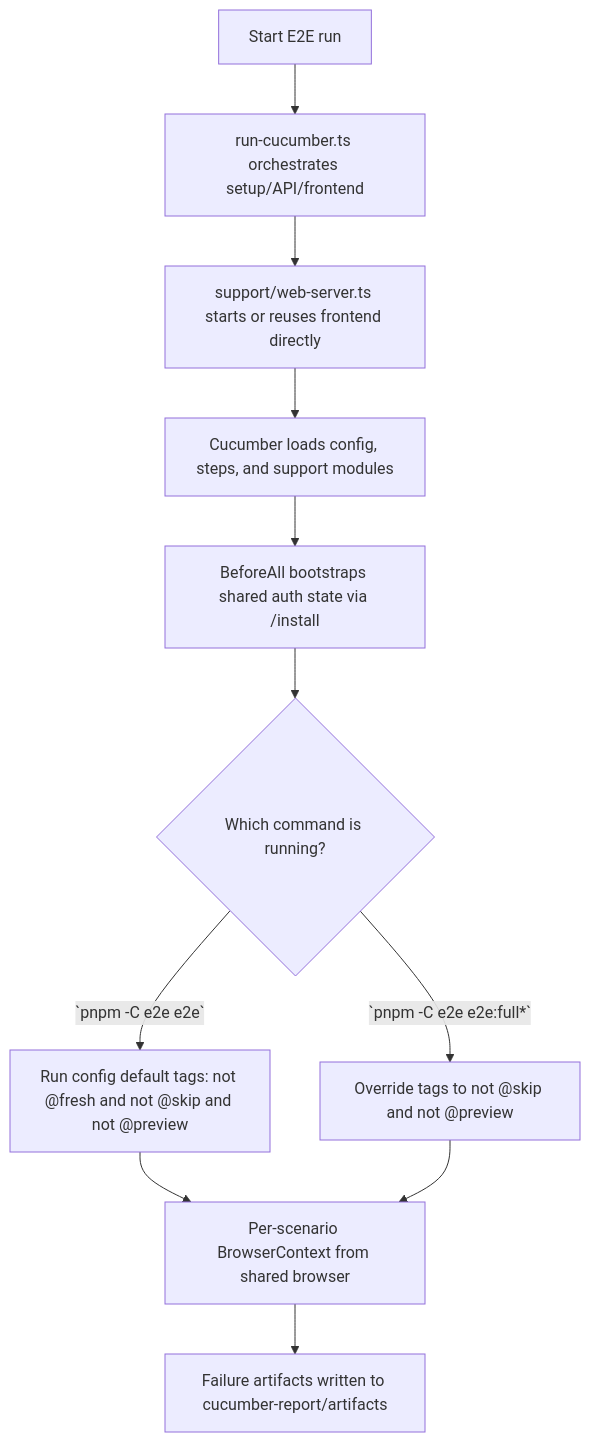
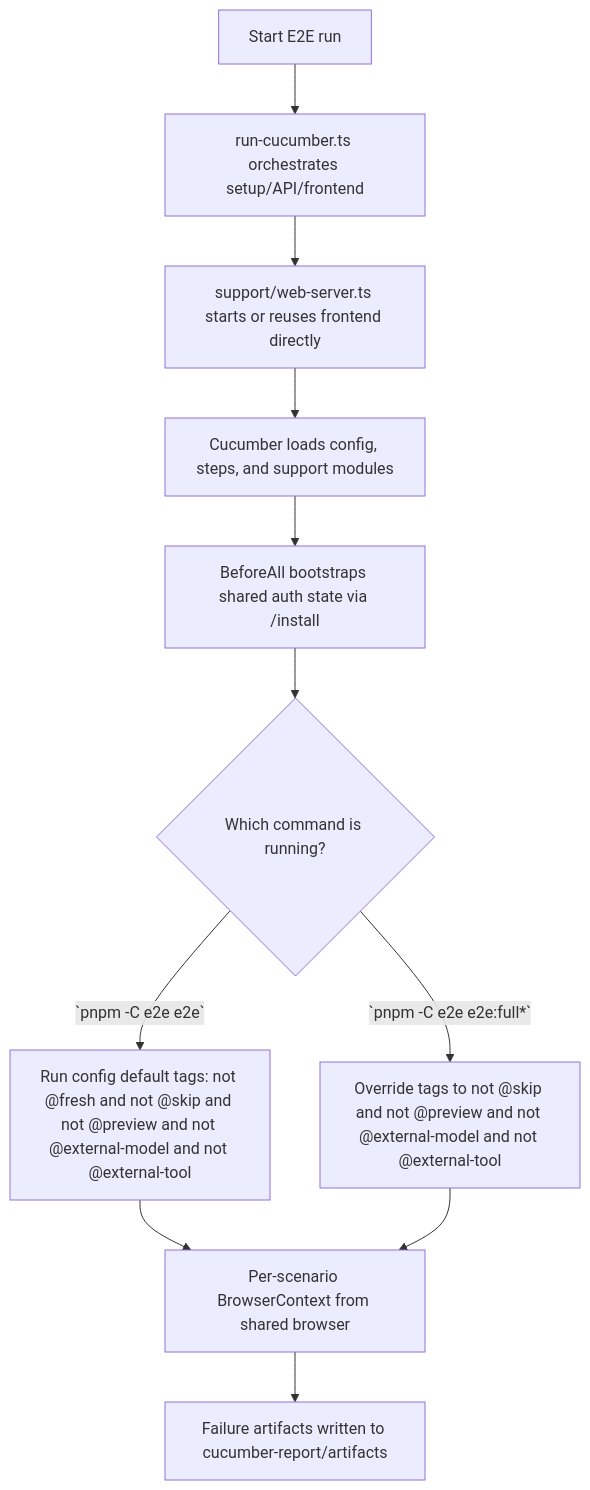
The diagram in e2e/AGENTS.md (langgenius/dify), drawn with Mermaid before and after one commit. The commit also changed other lines of this file and 11 other files, not shown here.

````diff
--- a/e2e/AGENTS.md
+++ b/e2e/AGENTS.md
@@ -70,13 +70,13 @@
 ```mermaid
 flowchart TD
   A["Start E2E run"] --> B["run-cucumber.ts orchestrates setup/API/frontend"]
   B --> C["support/web-server.ts starts or reuses frontend directly"]
   C --> D["Cucumber loads config, steps, and support modules"]
   D --> E["BeforeAll bootstraps shared auth state via /install"]
   E --> F{"Which command is running?"}
-  F -->|`pnpm -C e2e e2e`| G["Run config default tags: not @fresh and not @skip and not @preview"]
-  F -->|`pnpm -C e2e e2e:full*`| H["Override tags to not @skip and not @preview"]
+  F -->|`pnpm -C e2e e2e`| G["Run config default tags: not @fresh and not @skip and not @preview and not @external-model and not @external-tool"]
+  F -->|`pnpm -C e2e e2e:full*`| H["Override tags to not @skip and not @preview and not @external-model and not @external-tool"]
   G --> I["Per-scenario BrowserContext from shared browser"]
   H --> I
   I --> J["Failure artifacts written to cucumber-report/artifacts"]
 ```
````
